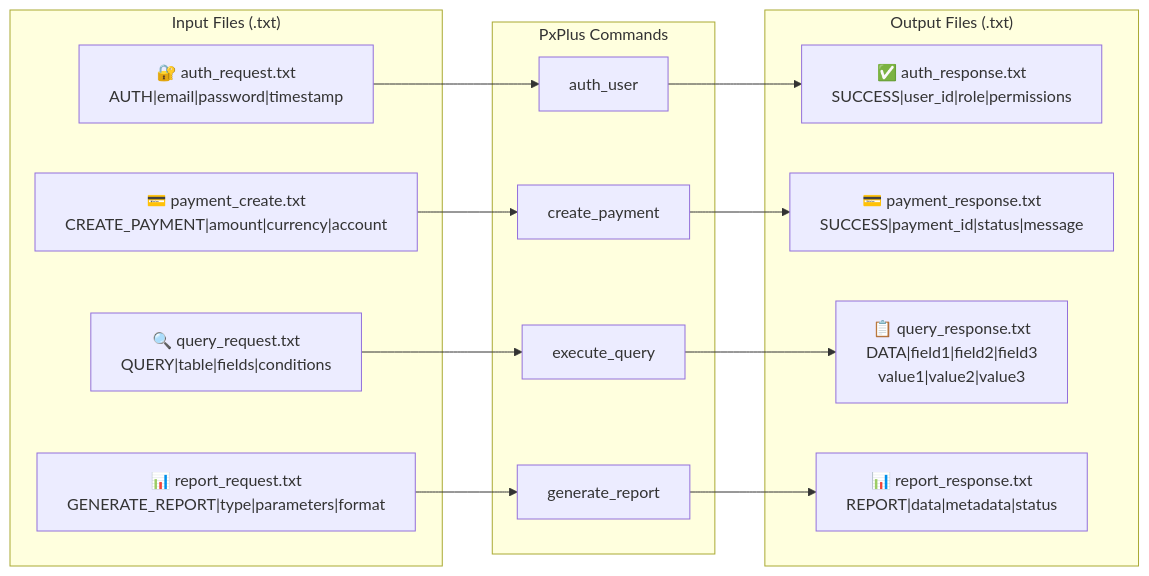
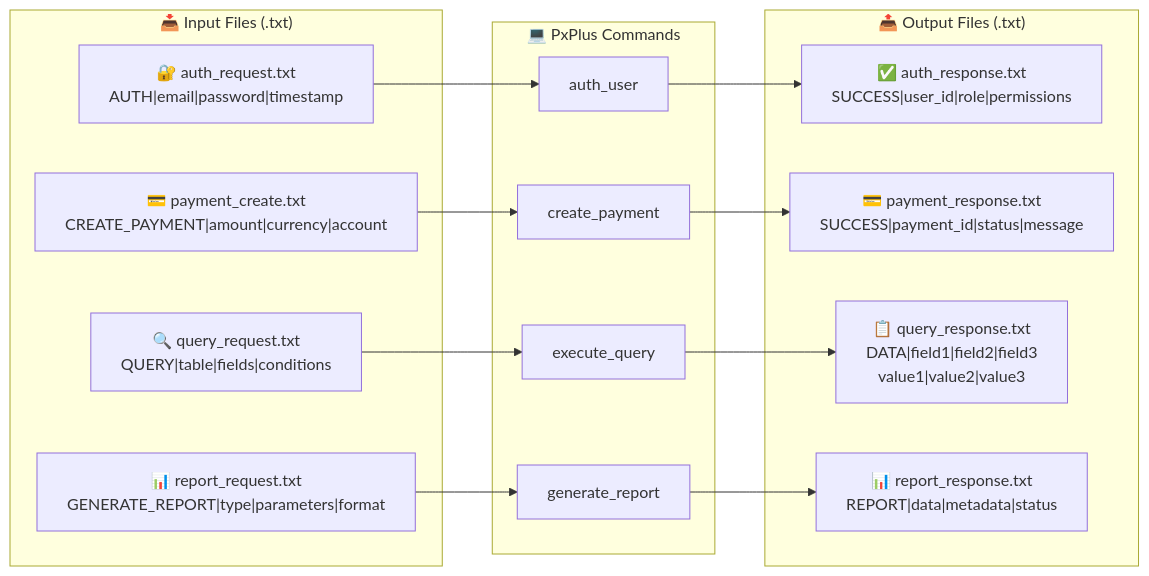
The fourth of 5 diagrams in diagramas/flujo-pxplus.md (miguelfiguera/Propuesta-web-mariano), drawn with Mermaid before and after one commit. The commit also changed other lines of this file and 3 other files, not shown here.

First line of the commit message:
Consolidate documentation and finalize Mermaid diagrams

````diff
--- a/diagramas/flujo-pxplus.md
+++ b/diagramas/flujo-pxplus.md
@@ -91,33 +91,33 @@
 ```mermaid
 graph LR
-    subgraph "Input Files (.txt)"
+    subgraph Input["📥 Input Files (.txt)"]
         Auth["🔐 auth_request.txt<br/>AUTH|email|password|timestamp"]
         Payment["💳 payment_create.txt<br/>CREATE_PAYMENT|amount|currency|account"]
         Query["🔍 query_request.txt<br/>QUERY|table|fields|conditions"]
         Report["📊 report_request.txt<br/>GENERATE_REPORT|type|parameters|format"]
     end
     
-    subgraph "PxPlus Commands"
+    subgraph Commands["💻 PxPlus Commands"]
         AuthCmd[auth_user]
         PaymentCmd[create_payment]
         QueryCmd[execute_query]
         ReportCmd[generate_report]
     end
     
-    subgraph "Output Files (.txt)"
+    subgraph Output["📤 Output Files (.txt)"]
         AuthResp["✅ auth_response.txt<br/>SUCCESS|user_id|role|permissions"]
         PaymentResp["💳 payment_response.txt<br/>SUCCESS|payment_id|status|message"]
         QueryResp["📋 query_response.txt<br/>DATA|field1|field2|field3<br/>value1|value2|value3"]
         ReportResp["📊 report_response.txt<br/>REPORT|data|metadata|status"]
     end
     
     Auth --> AuthCmd
     Payment --> PaymentCmd
     Query --> QueryCmd
     Report --> ReportCmd
     
     AuthCmd --> AuthResp
     PaymentCmd --> PaymentResp
     QueryCmd --> QueryResp
     ReportCmd --> ReportResp
 ```
````
